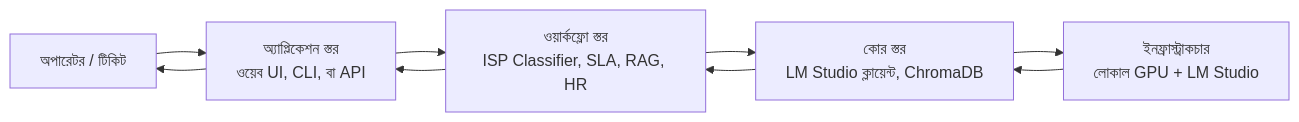
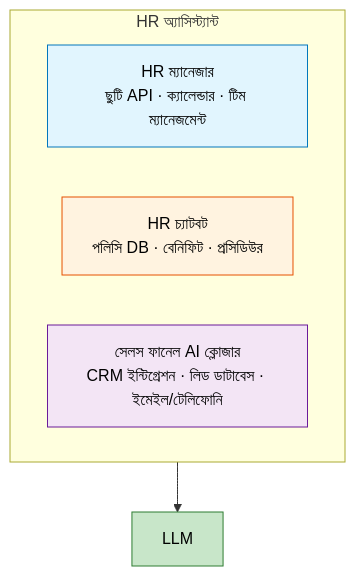
Before and after one commit to aiwithr/ai_llm: the fourth of 5 diagrams in docs/PROJECT_SUMMARY_bangla.md, drawn with Mermaid. The commit also changed other lines of this file, not shown here.

First line of the commit message:
docs(bangla): redraw ASCII art as Mermaid and switch to formal আপনি voice

````diff
--- a/docs/PROJECT_SUMMARY_bangla.md
+++ b/docs/PROJECT_SUMMARY_bangla.md
@@ -55,11 +342,14 @@
 ```mermaid
-flowchart LR
-    A[অপারেটর / টিকিট] --> B[অ্যাপ্লিকেশন স্তর<br/>ওয়েব UI, CLI, বা API]
-    B --> C[ওয়ার্কফ্লো স্তর<br/>ISP Classifier, SLA, RAG, HR]
-    C --> D[কোর স্তর<br/>LM Studio ক্লায়েন্ট, ChromaDB]
-    D --> E[ইনফ্রাস্ট্রাকচার<br/>লোকাল GPU + LM Studio]
-    E --> D
-    D --> C
-    C --> B
-    B --> A
+flowchart TB
+    subgraph HR["HR অ্যাসিস্ট্যান্ট"]
+        M["HR ম্যানেজার<br/>ছুটি API · ক্যালেন্ডার · টিম ম্যানেজমেন্ট"]
+        C["HR চ্যাটবট<br/>পলিসি DB · বেনিফিট · প্রসিডিউর"]
+        S["সেলস ফানেল AI ক্লোজার<br/>CRM ইন্টিগ্রেশন · লিড ডাটাবেস · ইমেইল/টেলিফোনি"]
+    end
+    HR --> L["LLM"]
+
+    style M fill:#e1f5fe,stroke:#0277bd,color:#000
+    style C fill:#fff3e0,stroke:#e65100,color:#000
+    style S fill:#f3e5f5,stroke:#6a1b9a,color:#000
+    style L fill:#c8e6c9,stroke:#2e7d32,color:#000
 ```
````
